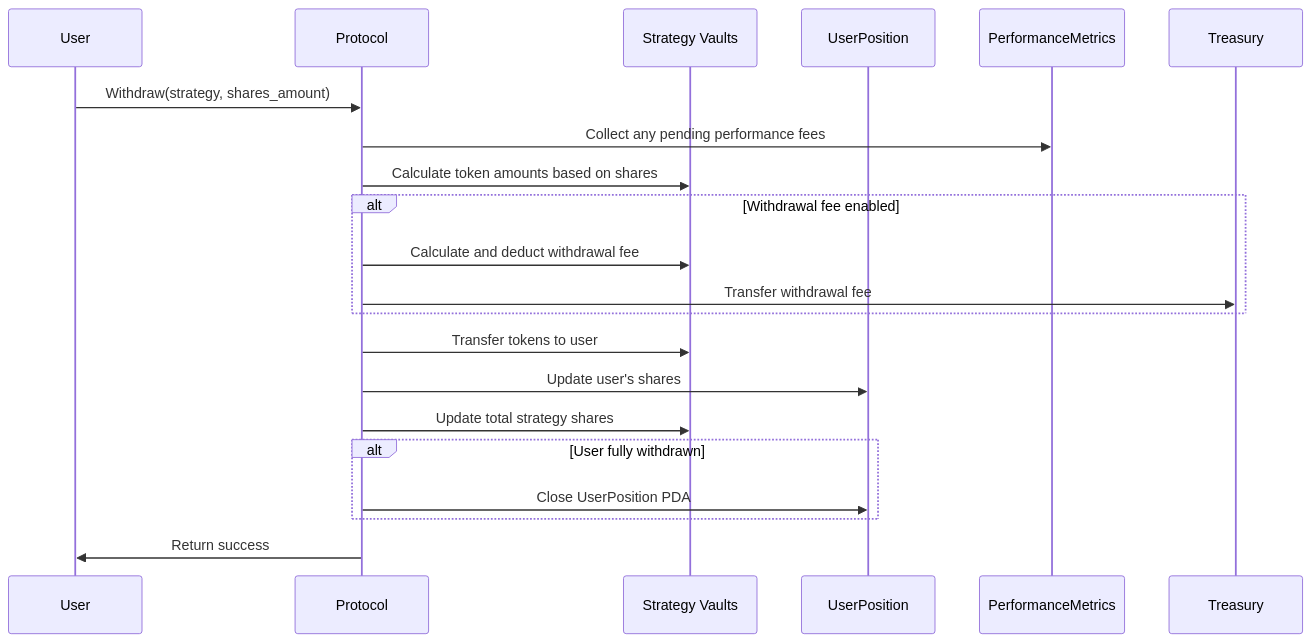
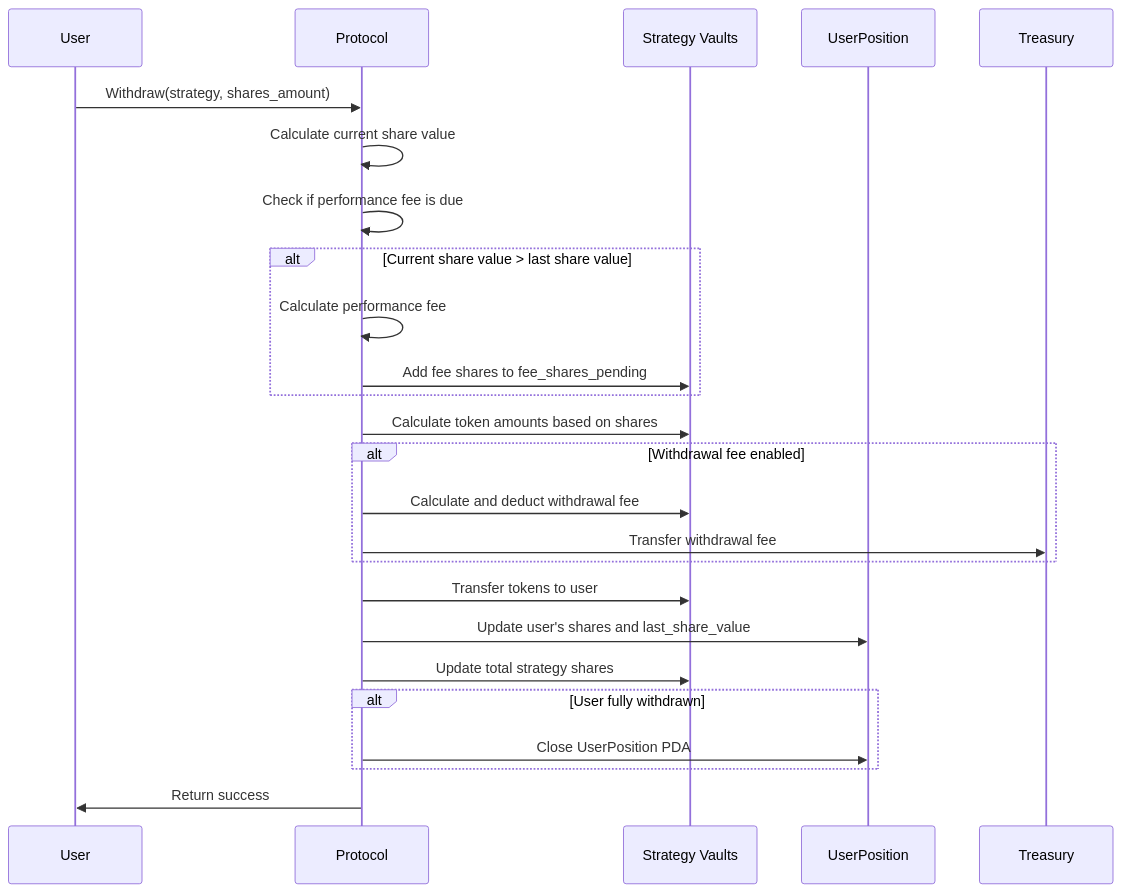
Before and after one commit to zenith-trade/maiker-contracts: the fourth of 8 diagrams in docs/DIAGRAMS.md, drawn with Mermaid. The commit also changed other lines of this file and 26 other files, not shown here.

````diff
--- a/docs/DIAGRAMS.md
+++ b/docs/DIAGRAMS.md
@@ -85,22 +76,27 @@
 ```mermaid
 sequenceDiagram
 participant User
 participant Protocol
 participant Strategy as Strategy Vaults
 participant UserPosition
-participant PerformanceMetrics
+participant Treasury
 User->>Protocol: Withdraw(strategy, shares_amount)
-Protocol->>PerformanceMetrics: Collect any pending performance fees
+Protocol->>Protocol: Calculate current share value
+Protocol->>Protocol: Check if performance fee is due
+alt Current share value > last share value
+Protocol->>Protocol: Calculate performance fee
+Protocol->>Strategy: Add fee shares to fee_shares_pending
+end
 Protocol->>Strategy: Calculate token amounts based on shares
 alt Withdrawal fee enabled
 Protocol->>Strategy: Calculate and deduct withdrawal fee
 Protocol->>Treasury: Transfer withdrawal fee
 end
 Protocol->>Strategy: Transfer tokens to user
-Protocol->>UserPosition: Update user's shares
+Protocol->>UserPosition: Update user's shares and last_share_value
 Protocol->>Strategy: Update total strategy shares
 alt User fully withdrawn
 Protocol->>UserPosition: Close UserPosition PDA
 end
 Protocol->>User: Return success
 ```
````
